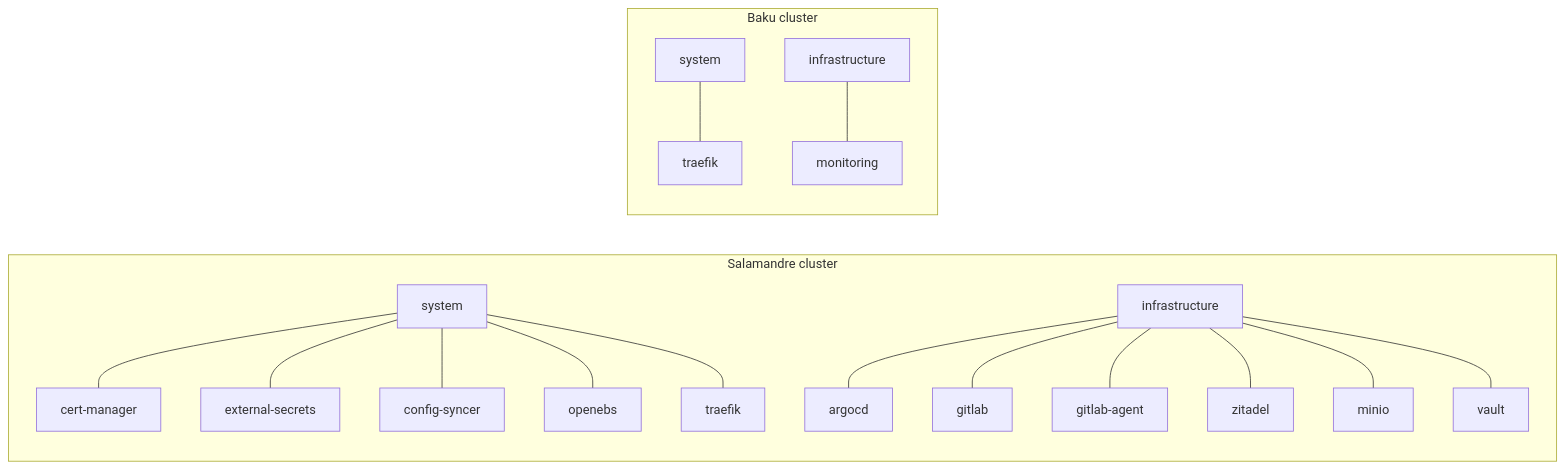
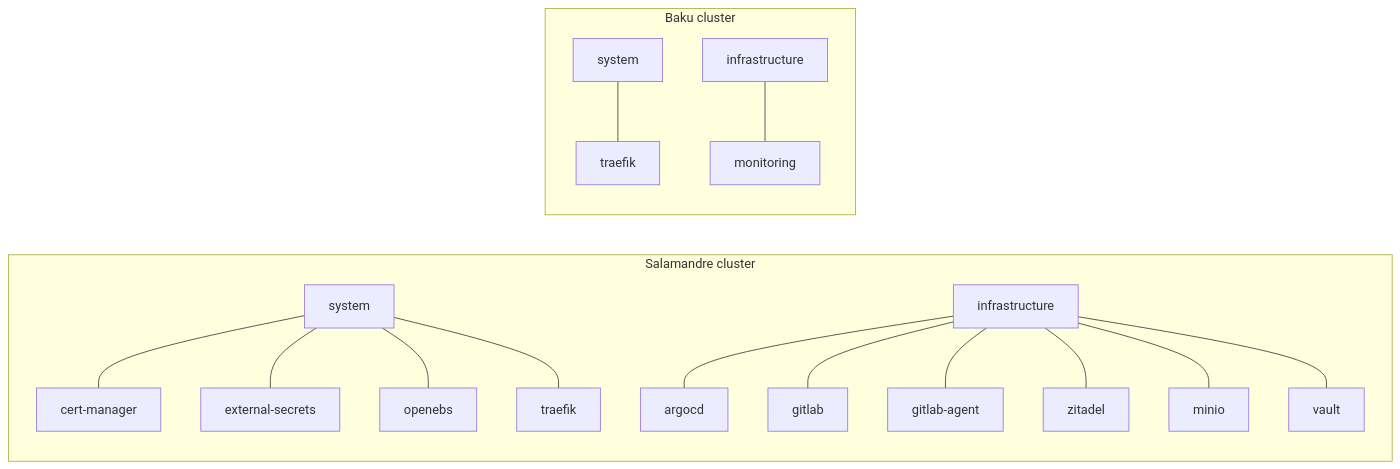
Before and after one commit to sebtiz13/homecluster: the first of 2 diagrams in docs/references/architecture/overview.md, drawn with Mermaid. The commit also changed other lines of this file and 45 other files, not shown here.

Commit message:
refactor(apps): replace config-syncer by external-secrets

````diff
--- a/docs/references/architecture/overview.md
+++ b/docs/references/architecture/overview.md
@@ -5,22 +5,21 @@
 ```mermaid
 graph LR
   subgraph "Salamandre cluster"
     s-system[system] --- cert-manager
     s-system --- external-secrets
-    s-system --- config-syncer
     s-system --- openebs
     s-system --- s-traefik[traefik]
 
     s-infrastructure[infrastructure] --- argocd
     s-infrastructure --- gitlab
     s-infrastructure --- gitlab-agent
     s-infrastructure --- zitadel
     s-infrastructure --- minio
     s-infrastructure --- vault
   end
 
   subgraph "Baku cluster"
     b-system[system] --- b-traefik[traefik]
     b-infrastructure[infrastructure] --- monitoring
   end
 ```
````
